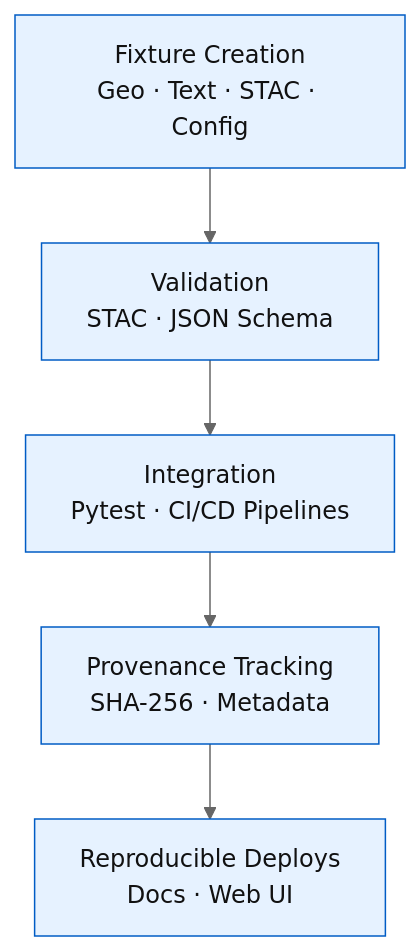
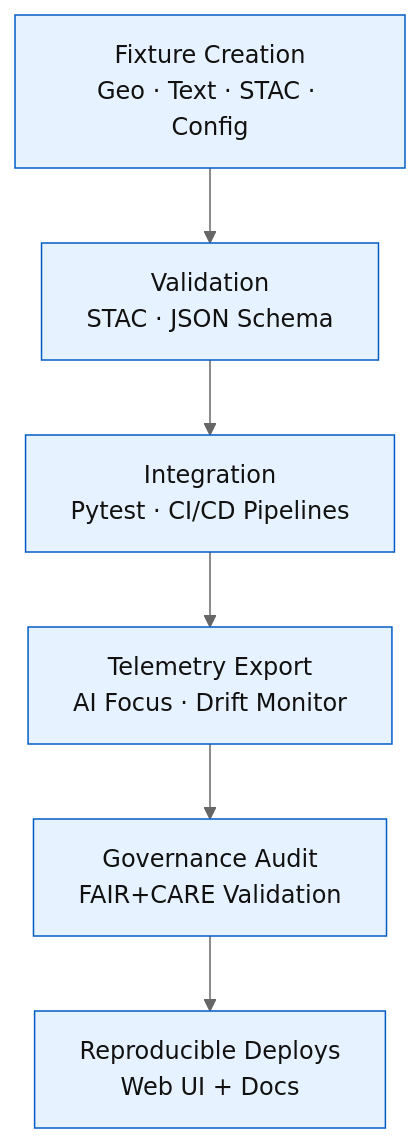
Before and after one commit to bartytime4life/Kansas-Frontier-Matrix: the diagram in tests/fixtures/README.md, drawn with Mermaid (neutral theme). The commit also changed other lines of this file, not shown here.

````diff
--- a/tests/fixtures/README.md
+++ b/tests/fixtures/README.md
@@ -35,9 +62,10 @@
 ```mermaid
-flowchart TD
-  A["Fixture Creation<br/>Geo · Text · STAC · Config"] --> B["Validation<br/>STAC · JSON Schema"]
-  B --> C["Integration<br/>Pytest · CI/CD Pipelines"]
-  C --> D["Provenance Tracking<br/>SHA-256 · Metadata"]
-  D --> E["Reproducible Deploys<br/>Docs · Web UI"]
-  classDef block fill:#e6f2ff,stroke:#005cc5,color:#111;
-  class A,B,C,D,E block;
+graph TD
+A[Fixture Creation<br/>Geo · Text · STAC · Config] --> B[Validation<br/>STAC · JSON Schema]
+B --> C[Integration<br/>Pytest · CI/CD Pipelines]
+C --> D[Telemetry Export<br/>AI Focus · Drift Monitor]
+D --> E[Governance Audit<br/>FAIR+CARE Validation]
+E --> F[Reproducible Deploys<br/>Web UI + Docs]
+classDef step fill:#e6f2ff,stroke:#005cc5,color:#111;
+class A,B,C,D,E,F step;
 ```
````
